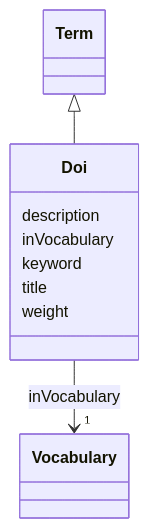
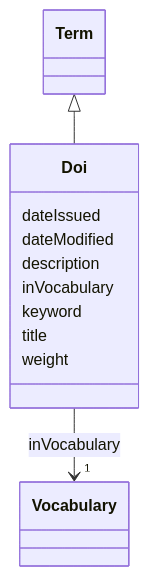
The diagram in models/docs/Doi.md (EVORA-project/evora-ontology), drawn with Mermaid before and after one commit. The commit also changed other lines of this file and 377 other files, not shown here.

````diff
--- a/models/docs/Doi.md
+++ b/models/docs/Doi.md
@@ -19,26 +19,30 @@
 ```mermaid
  classDiagram
     class Doi
     click Doi href "../Doi"
       Term <|-- Doi
         click Term href "../Term"
       
+      Doi : dateIssued
+        
+      Doi : dateModified
+        
       Doi : description
         
       Doi : inVocabulary
         
           
     
     
     Doi --> "1" Vocabulary : inVocabulary
     click Vocabulary href "../Vocabulary"
 
         
       Doi : keyword
         
       Doi : title
         
       Doi : weight
         
       
 ```
````
